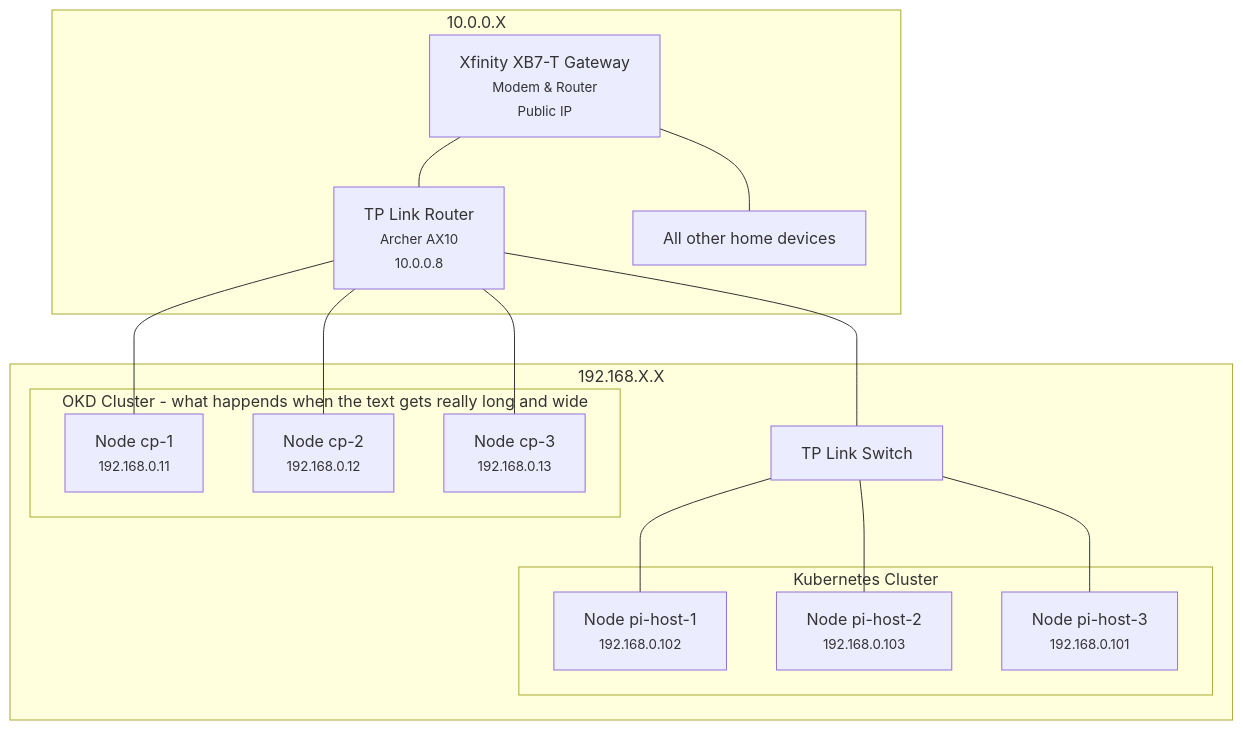
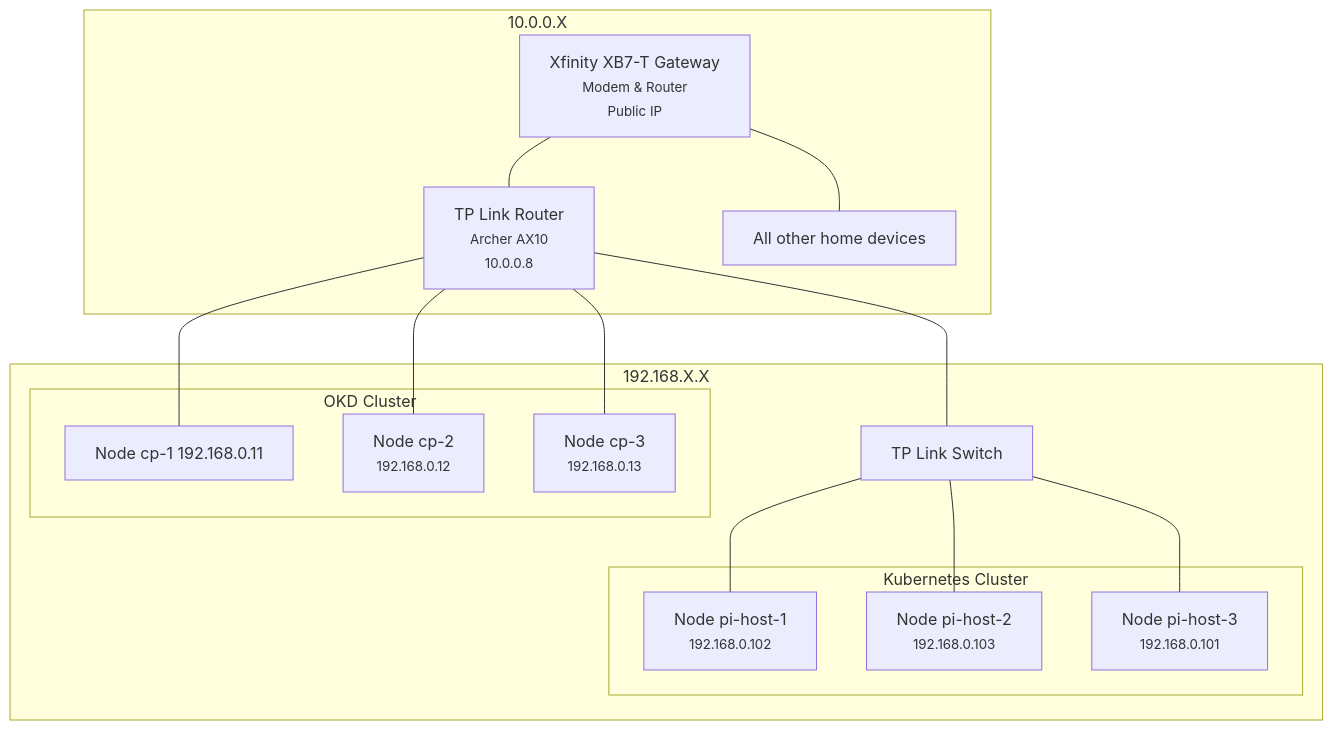
Before and after one commit to jennweir/HomeLab: the diagram in README.md, drawn with Mermaid.

Commit message:
feat(readme): add words for better formatting

````diff
--- a/README.md
+++ b/README.md
@@ -3,30 +3,30 @@
 ```mermaid
 graph TD
 subgraph 10.0.0.X
 A[Xfinity XB7-T Gateway<br/><small>Modem & Router</small><br/><small>Public IP</small>]
 A --- B
 A --- J
 J[All other home devices]
 end
 B[TP Link Router <br/><small>Archer AX10</small><br/><small>10.0.0.8</small>]
 B --- C
 B --- D
 B --- E
 B --- F
 subgraph 192.168.X.X
-subgraph OKD Cluster - what happends when the text gets really long and wide
-C[Node cp-1 <br/><small>192.168.0.11</small>]
+subgraph OKD Cluster
+C["Node cp-1 192.168.0.11"]
 D[Node cp-2 <br/><small>192.168.0.12</small>]
 E[Node cp-3 <br/><small>192.168.0.13</small>]
 end
 F[TP Link Switch]
 subgraph Kubernetes Cluster
 G[Node pi-host-1 <br/><small>192.168.0.102</small>]
 H[Node pi-host-2 <br/><small>192.168.0.103</small>]
 I[Node pi-host-3 <br/><small>192.168.0.101</small>]
 end
 F --- G
 F --- H
 F --- I
 end
 ```
````
